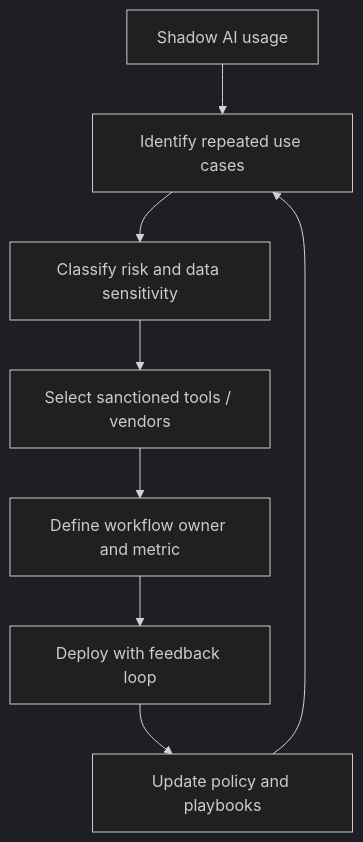
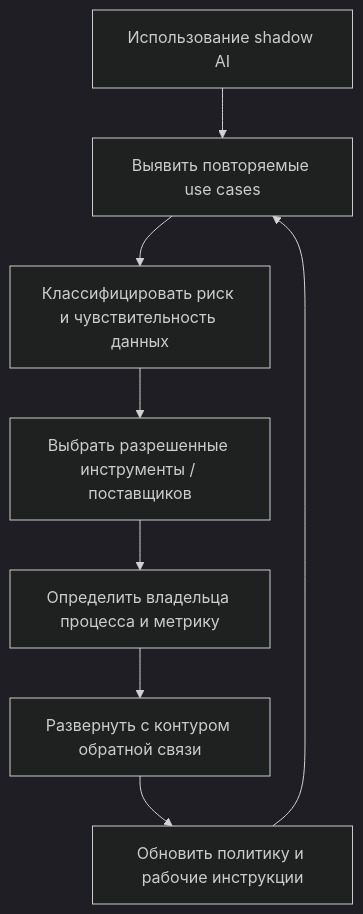
The second of 2 diagrams in Frameworks/ai-transformation/mit-nanda-genai-divide-state-of-ai-in-business-2025.md (VladimirSemenyuk/KnowledgeOS), drawn with Mermaid (dark theme) before and after one commit. The commit also changed other lines of this file and 3 other files, not shown here.

````diff
--- a/Frameworks/ai-transformation/mit-nanda-genai-divide-state-of-ai-in-business-2025.md
+++ b/Frameworks/ai-transformation/mit-nanda-genai-divide-state-of-ai-in-business-2025.md
@@ -296,10 +296,10 @@
 ```mermaid
 flowchart TD
-    A["Shadow AI usage"] --> B["Identify repeated use cases"]
-    B --> C["Classify risk and data sensitivity"]
-    C --> D["Select sanctioned tools / vendors"]
-    D --> E["Define workflow owner and metric"]
-    E --> F["Deploy with feedback loop"]
-    F --> G["Update policy and playbooks"]
+    A["Использование shadow AI"] --> B["Выявить повторяемые use cases"]
+    B --> C["Классифицировать риск и чувствительность данных"]
+    C --> D["Выбрать разрешенные инструменты / поставщиков"]
+    D --> E["Определить владельца процесса и метрику"]
+    E --> F["Развернуть с контуром обратной связи"]
+    F --> G["Обновить политику и рабочие инструкции"]
     G --> B
 ```
````
